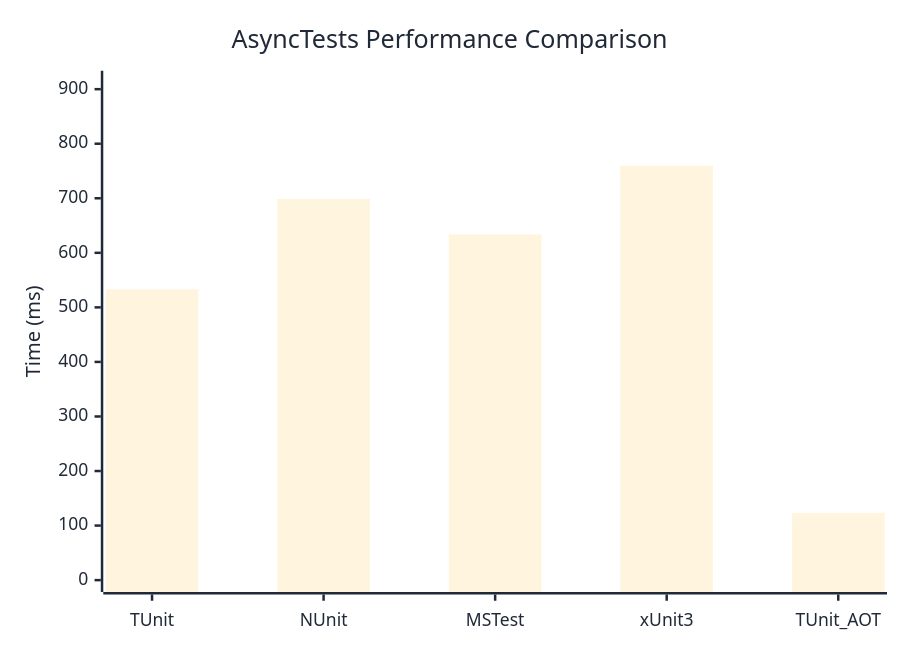
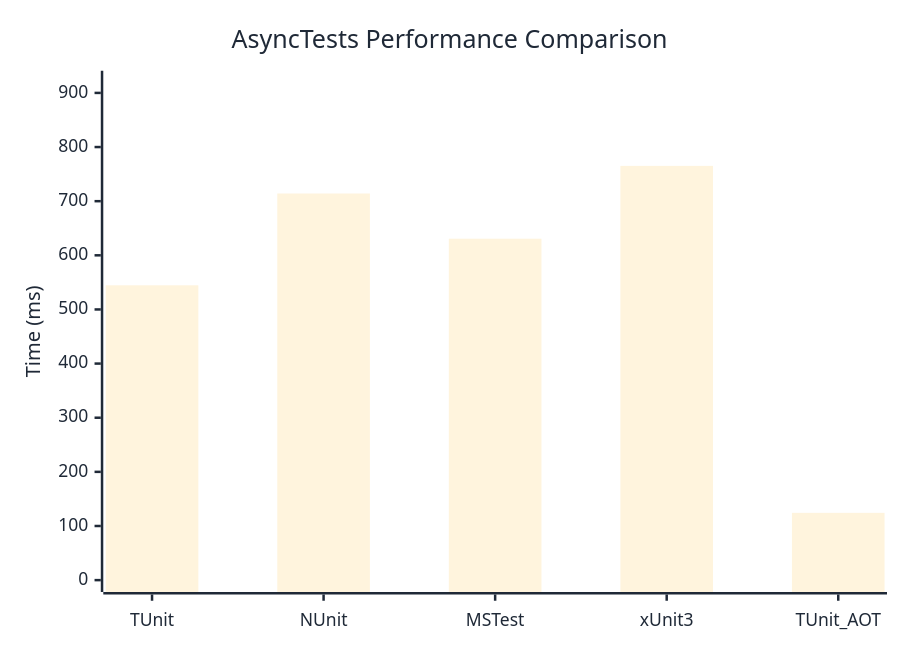
The diagram in docs/docs/benchmarks/AsyncTests.md (thomhurst/TUnit), drawn with Mermaid before and after one commit. The commit also changed other lines of this file and 17 other files, not shown here.

````diff
--- a/docs/docs/benchmarks/AsyncTests.md
+++ b/docs/docs/benchmarks/AsyncTests.md
@@ -27,37 +27,37 @@
 ```mermaid
 %%{init: {
   'theme':'base',
   'themeVariables': {
     'primaryColor': '#2563eb',
     'primaryTextColor': '#1f2937',
     'primaryBorderColor': '#1e40af',
     'lineColor': '#6b7280',
     'secondaryColor': '#7c3aed',
     'tertiaryColor': '#dc2626',
     'background': '#ffffff',
     'mainBkg': '#2563eb',
     'secondBkg': '#7c3aed',
     'tertiaryBkg': '#dc2626',
     'clusterBkg': '#f3f4f6',
     'edgeLabelBackground': '#ffffff',
     'tertiaryTextColor': '#1f2937',
     'pie1': '#2563eb',
     'pie2': '#7c3aed',
     'pie3': '#dc2626',
     'pie4': '#f59e0b',
     'pie5': '#10b981',
     'pie6': '#06b6d4',
     'pie7': '#ec4899',
     'pie8': '#6366f1',
     'pie9': '#84cc16',
     'pie10': '#f97316',
     'pie11': '#14b8a6',
     'pie12': '#a855f7'
   }
 }}%%
 xychart-beta
   title "AsyncTests Performance Comparison"
   x-axis ["TUnit", "NUnit", "MSTest", "xUnit3", "TUnit_AOT"]
-  y-axis "Time (ms)" 0 --> 912
-  bar [533, 698.7, 633.7, 759.7, 123.3]
+  y-axis "Time (ms)" 0 --> 919
+  bar [544.6, 714.2, 630.7, 765.2, 124.3]
 ```
````
